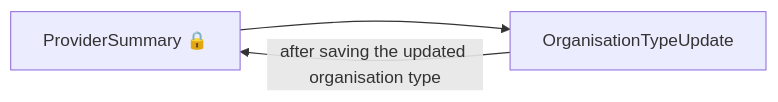
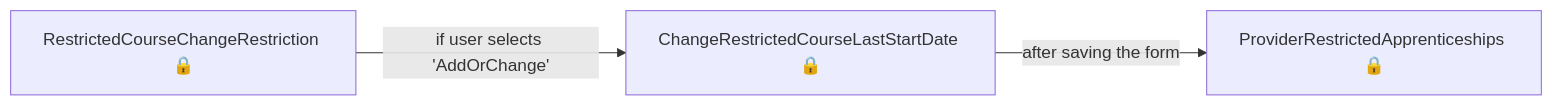
One commit to talentconsulting/atlas-dfe changed the tenth of 11 diagrams in das-admin-roatp-web/user-journeys/user-journeys.md. Above: the diagram before and after it, drawn with Mermaid. The commit also changed other lines of this file and 22 other files, not shown here.

````diff
--- a/das-admin-roatp-web/user-journeys/user-journeys.md
+++ b/das-admin-roatp-web/user-journeys/user-journeys.md
@@ -164,5 +126,5 @@
 ```mermaid
 flowchart LR
-  p0["ProviderSummary 🔒"] --> p1["OrganisationTypeUpdate"]
-  p1["OrganisationTypeUpdate"] -->|"after saving the updated organisation type"| p0["ProviderSummary 🔒"]
+  p0["RestrictedCourseChangeRestriction 🔒"] -->|"if user selects 'AddOrChange'"| p1["ChangeRestrictedCourseLastStartDate 🔒"]
+  p1["ChangeRestrictedCourseLastStartDate 🔒"] -->|"after saving the form"| p2["ProviderRestrictedApprenticeships 🔒"]
 ```
````
